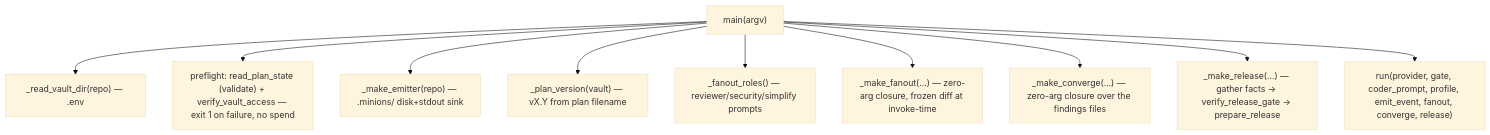
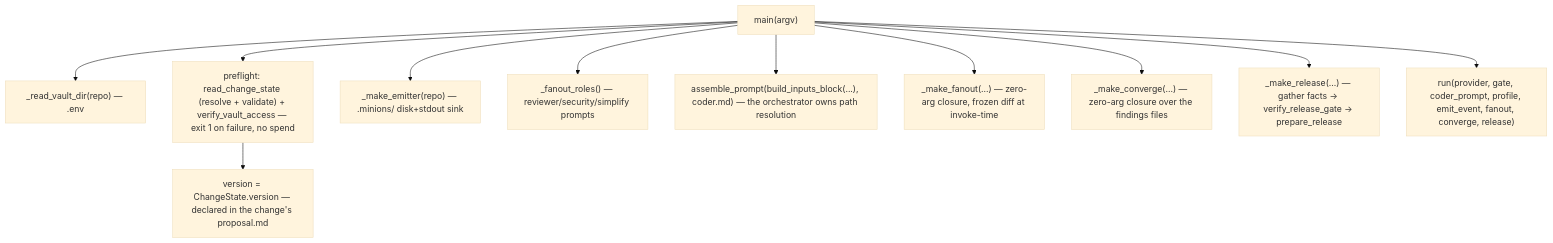
The diagram in docs/modules/main.md (alxb1t/minionsfactory), drawn with Mermaid (base theme) before and after one commit. The commit also changed other lines of this file and 12 other files, not shown here.

````diff
--- a/docs/modules/main.md
+++ b/docs/modules/main.md
@@ -33,12 +35,13 @@
 ```mermaid
 flowchart TD
     main["main(argv)"] --> vault["_read_vault_dir(repo) — .env"]
-    main --> pre["preflight: read_plan_state (validate) + verify_vault_access — exit 1 on failure, no spend"]
+    main --> pre["preflight: read_change_state (resolve + validate) + verify_vault_access — exit 1 on failure, no spend"]
     main --> emit["_make_emitter(repo) — .minions/ disk+stdout sink"]
-    main --> ver["_plan_version(vault) — vX.Y from plan filename"]
+    pre --> ver["version = ChangeState.version — declared in the change's proposal.md"]
     main --> roles["_fanout_roles() — reviewer/security/simplify prompts"]
+    main --> cp["assemble_prompt(build_inputs_block(...), coder.md) — the orchestrator owns path resolution"]
     main --> fo["_make_fanout(...) — zero-arg closure, frozen diff at invoke-time"]
     main --> cv["_make_converge(...) — zero-arg closure over the findings files"]
     main --> rel["_make_release(...) — gather facts → verify_release_gate → prepare_release"]
     main --> run["run(provider, gate, coder_prompt, profile, emit_event, fanout, converge, release)"]
 ```
````
